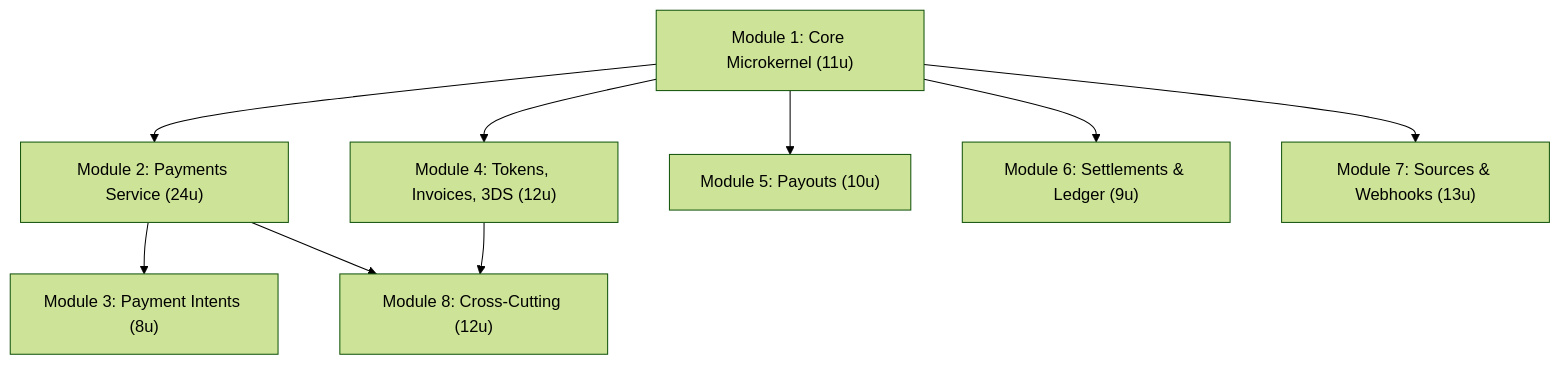
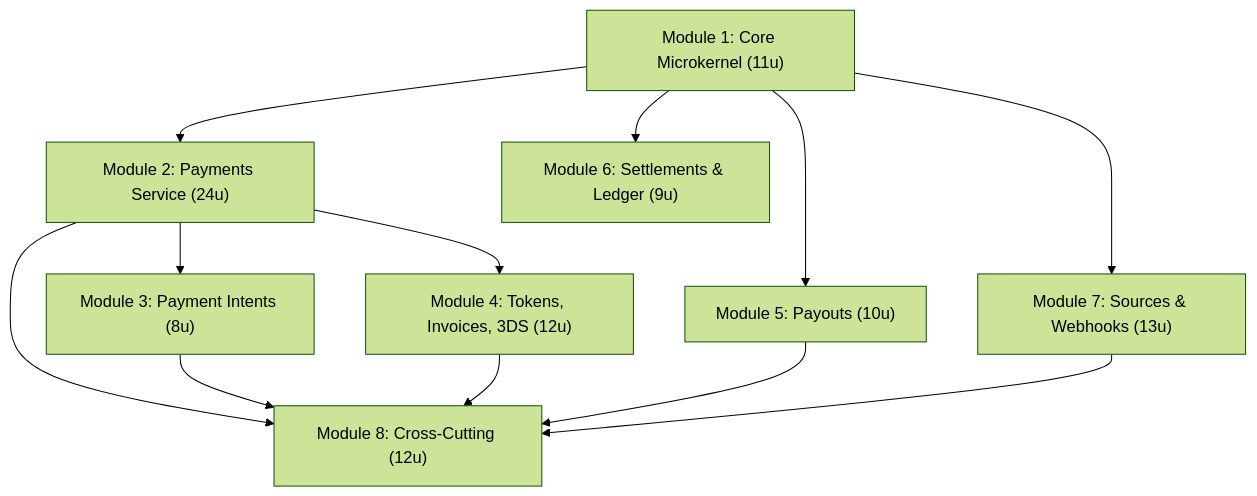
Before and after one commit to some-of-cs/some-moyasar: the diagram in docs/architecture/DECOMPOSITION_ROADMAP.md, drawn with Mermaid (forest theme). The commit also changed other lines of this file and 25 other files, not shown here.

First line of the commit message:
docs(specs): remediate decomposition roadmap and all 23 user stories for divide-and-conquer readiness

````diff
--- a/docs/architecture/DECOMPOSITION_ROADMAP.md
+++ b/docs/architecture/DECOMPOSITION_ROADMAP.md
@@ -718,11 +724,14 @@
 ```mermaid
 flowchart TD
     M1["Module 1: Core Microkernel (11u)"] --> M2["Module 2: Payments Service (24u)"]
-    M1 --> M4["Module 4: Tokens, Invoices, 3DS (12u)"]
     M1 --> M5["Module 5: Payouts (10u)"]
     M1 --> M6["Module 6: Settlements & Ledger (9u)"]
     M1 --> M7["Module 7: Sources & Webhooks (13u)"]
     M2 --> M3["Module 3: Payment Intents (8u)"]
+    M2 --> M4["Module 4: Tokens, Invoices, 3DS (12u)"]
     M2 --> M8["Module 8: Cross-Cutting (12u)"]
+    M3 --> M8
     M4 --> M8
+    M5 --> M8
+    M7 --> M8
 ```
````
